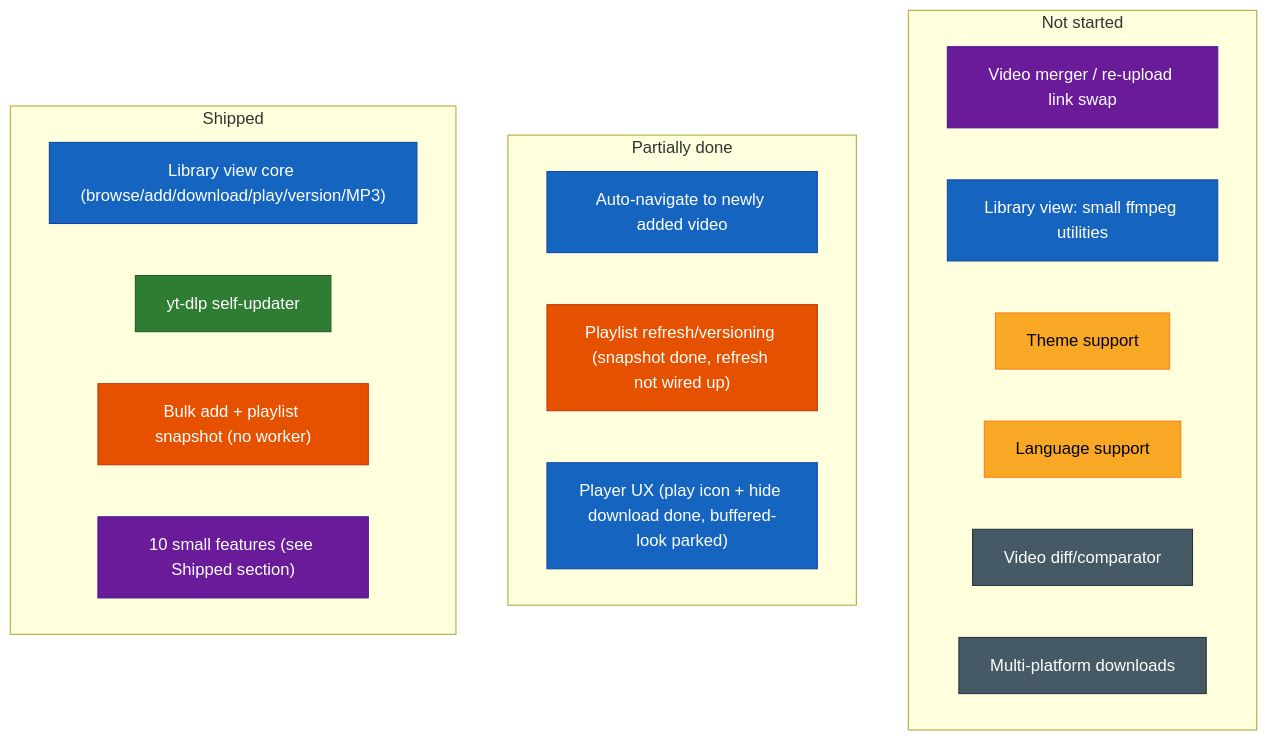
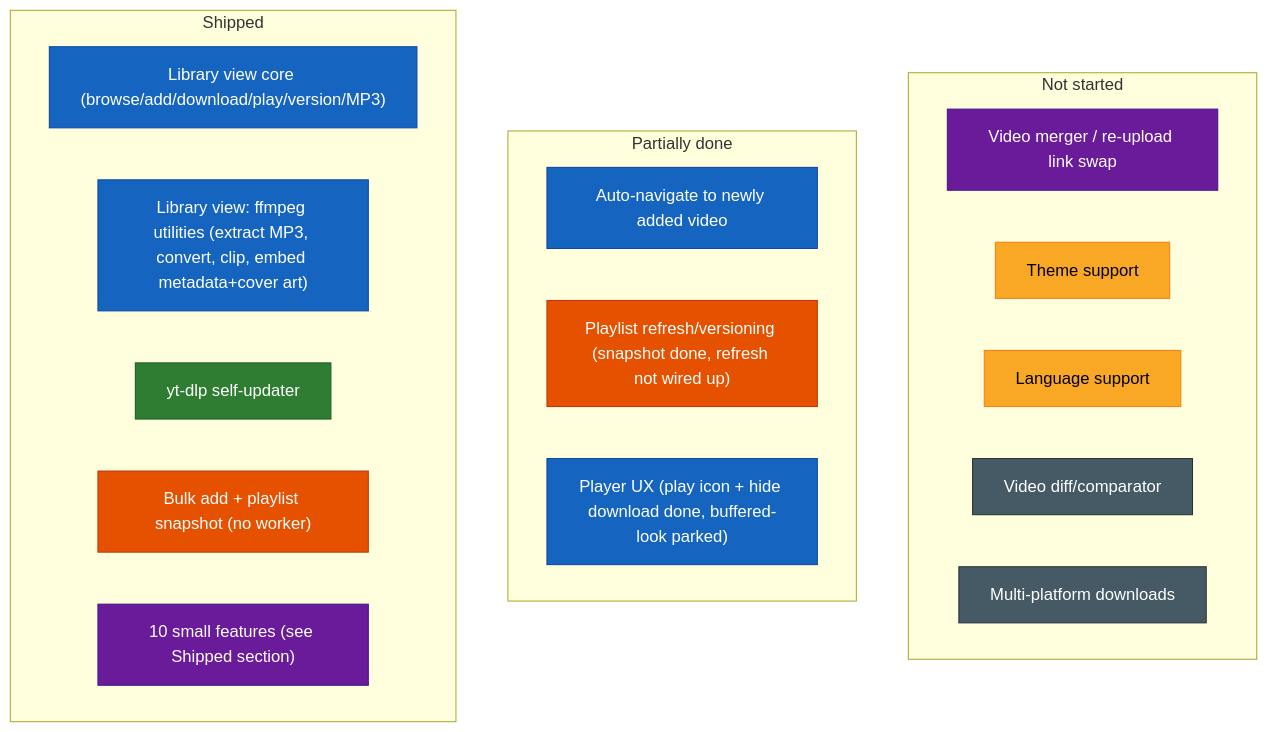
The diagram in futureSpecsFeedback.md (SlothSoftworks/Sloth-Archiver), drawn with Mermaid before and after one commit. The commit also changed other lines of this file and 1 other file, not shown here.

````diff
--- a/futureSpecsFeedback.md
+++ b/futureSpecsFeedback.md
@@ -37,43 +36,43 @@
 ```mermaid
 flowchart LR
     classDef library fill:#1565c0,stroke:#0d47a1,color:#fff
     classDef updater fill:#2e7d32,stroke:#1b5e20,color:#fff
     classDef playlist fill:#e65100,stroke:#bf360c,color:#fff
     classDef smallfeat fill:#6a1b9a,stroke:#4a148c,color:#fff
     classDef qol fill:#f9a825,stroke:#f57f17,color:#000
     classDef longshot fill:#455a64,stroke:#263238,color:#fff
 
     subgraph DONE["Shipped"]
         direction LR
         d1["Library view core (browse/add/download/play/version/MP3)"]
+        d1b["Library view: ffmpeg utilities (extract MP3, convert, clip, embed metadata+cover art)"]
         d2["yt-dlp self-updater"]
         d3["Bulk add + playlist snapshot (no worker)"]
         d4["10 small features (see Shipped section)"]
     end
 
     subgraph PARTIAL["Partially done"]
         direction LR
         p1["Auto-navigate to newly added video"]
         p2["Playlist refresh/versioning (snapshot done, refresh not wired up)"]
         p3["Player UX (play icon + hide download done, buffered-look parked)"]
     end
 
     subgraph TODO["Not started"]
         direction LR
         t1["Video merger / re-upload link swap"]
-        t3["Library view: small ffmpeg utilities"]
         t5["Theme support"]
         t6["Language support"]
         t7["Video diff/comparator"]
         t8["Multi-platform downloads"]
     end
 
     DONE ~~~ PARTIAL ~~~ TODO
 
-    class d1,p1,p3,t3 library
+    class d1,d1b,p1,p3 library
     class d2 updater
     class d3,p2 playlist
     class d4,t1 smallfeat
     class t5,t6 qol
     class t7,t8 longshot
 ```
````
